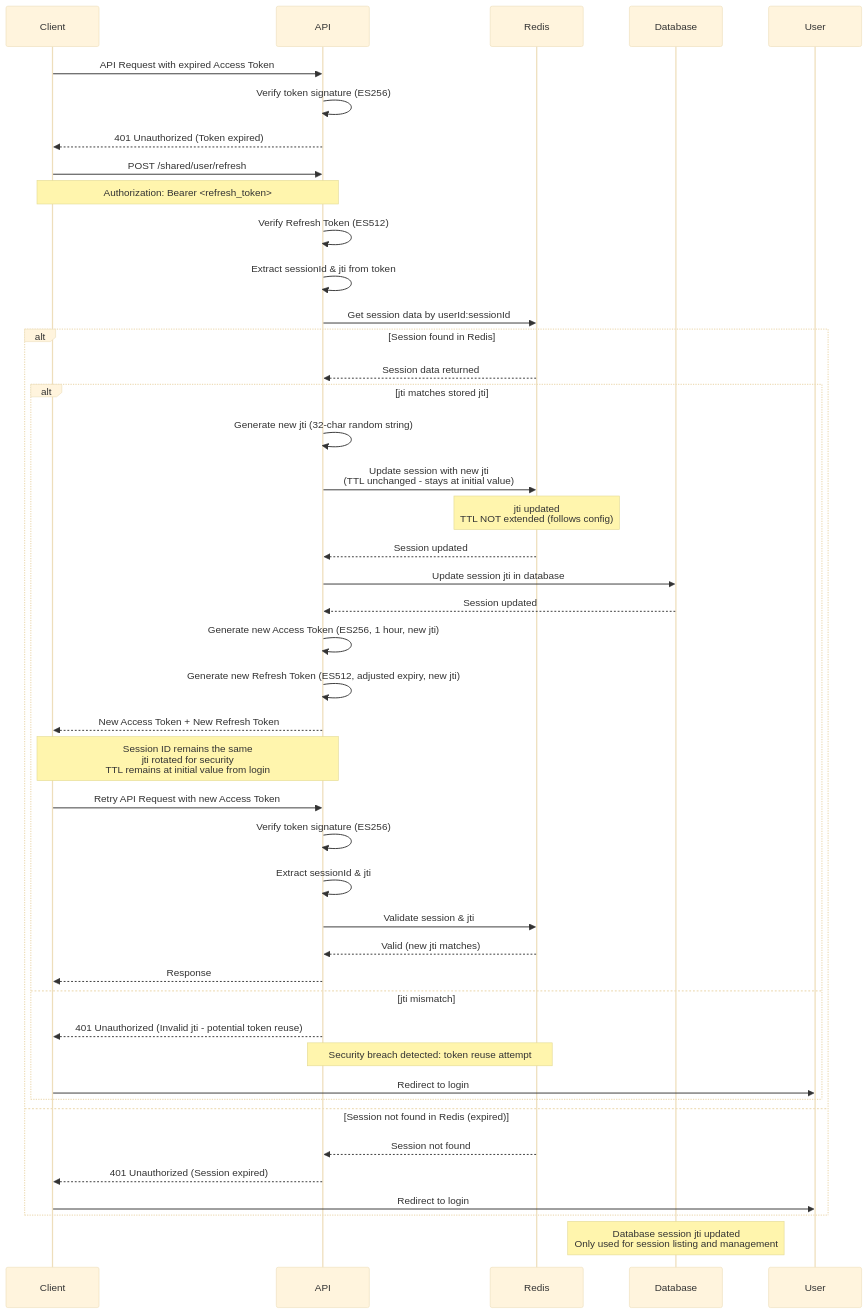
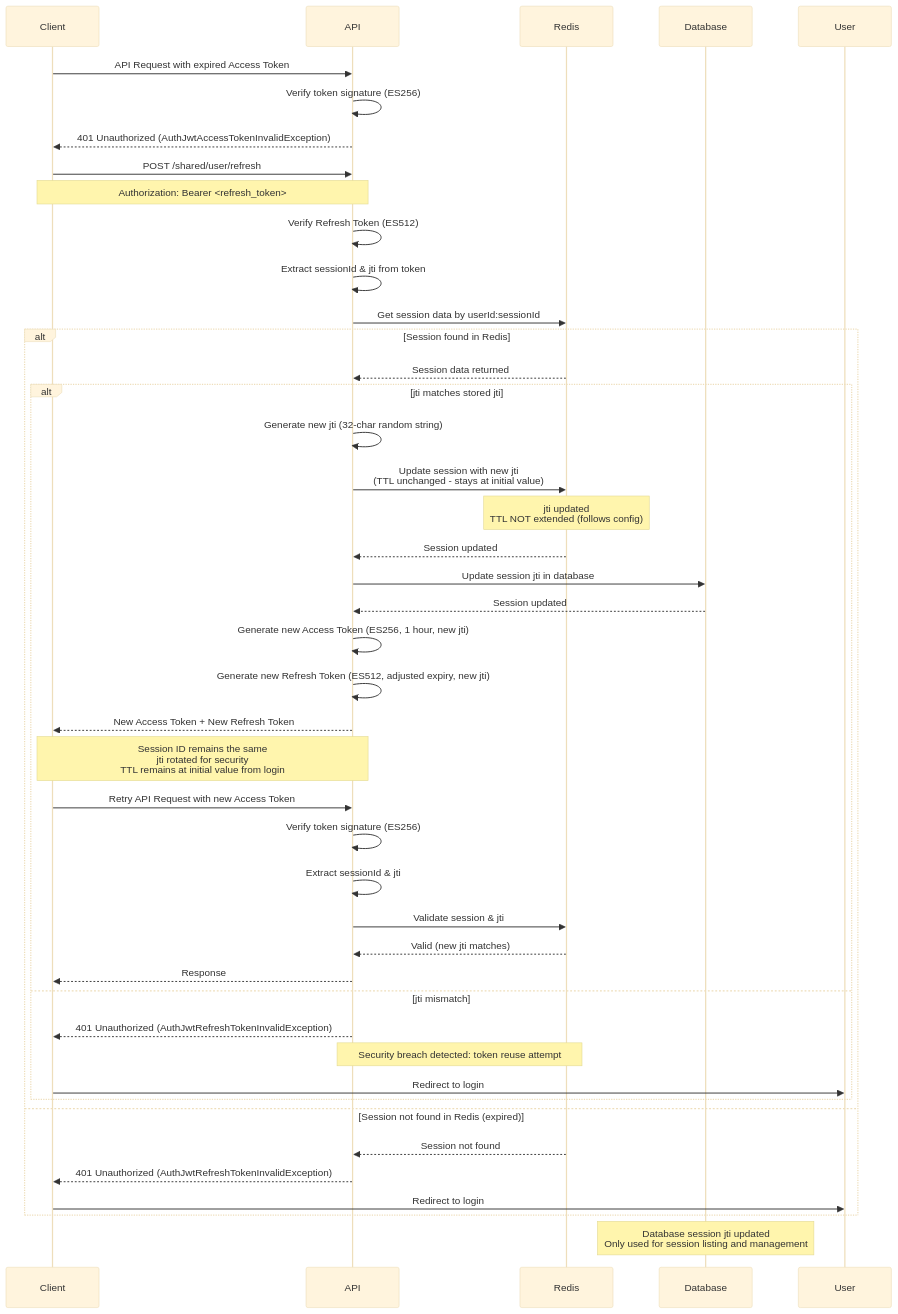
The third of 9 diagrams in docs/authentication.md (andrechristikan/ack-nestjs-boilerplate), drawn with Mermaid (base theme) before and after one commit. The commit also changed other lines of this file and 156 other files, not shown here.

````diff
--- a/docs/authentication.md
+++ b/docs/authentication.md
@@ -282,59 +282,59 @@
 ```mermaid
 sequenceDiagram
     participant Client
     participant API
     participant Redis
     participant Database
 
     Client->>API: API Request with expired Access Token
     API->>API: Verify token signature (ES256)
-    API-->>Client: 401 Unauthorized (Token expired)
+    API-->>Client: 401 Unauthorized (AuthJwtAccessTokenInvalidException)
     
     Client->>API: POST /shared/user/refresh
     Note over Client,API: Authorization: Bearer <refresh_token>
     
     API->>API: Verify Refresh Token (ES512)
     API->>API: Extract sessionId & jti from token
     
     API->>Redis: Get session data by userId:sessionId
     
     alt Session found in Redis
         Redis-->>API: Session data returned
         
         alt jti matches stored jti
             API->>API: Generate new jti (32-char random string)
             
             API->>Redis: Update session with new jti<br/>(TTL unchanged - stays at initial value)
             Note over Redis: jti updated<br/>TTL NOT extended (follows config)
             Redis-->>API: Session updated
             
             API->>Database: Update session jti in database
             Database-->>API: Session updated
             
             API->>API: Generate new Access Token (ES256, 1 hour, new jti)
             API->>API: Generate new Refresh Token (ES512, adjusted expiry, new jti)
             
             API-->>Client: New Access Token + New Refresh Token
             Note over Client,API: Session ID remains the same<br/>jti rotated for security<br/>TTL remains at initial value from login
             
             Client->>API: Retry API Request with new Access Token
             API->>API: Verify token signature (ES256)
             API->>API: Extract sessionId & jti
             API->>Redis: Validate session & jti
             Redis-->>API: Valid (new jti matches)
             API-->>Client: Response
             
         else jti mismatch
-            API-->>Client: 401 Unauthorized (Invalid jti - potential token reuse)
+            API-->>Client: 401 Unauthorized (AuthJwtRefreshTokenInvalidException)
             Note over API,Redis: Security breach detected: token reuse attempt
             Client->>User: Redirect to login
         end
         
     else Session not found in Redis (expired)
         Redis-->>API: Session not found
-        API-->>Client: 401 Unauthorized (Session expired)
+        API-->>Client: 401 Unauthorized (AuthJwtRefreshTokenInvalidException)
         Client->>User: Redirect to login
     end
     
     Note over Database: Database session jti updated<br/>Only used for session listing and management
 ```
````
